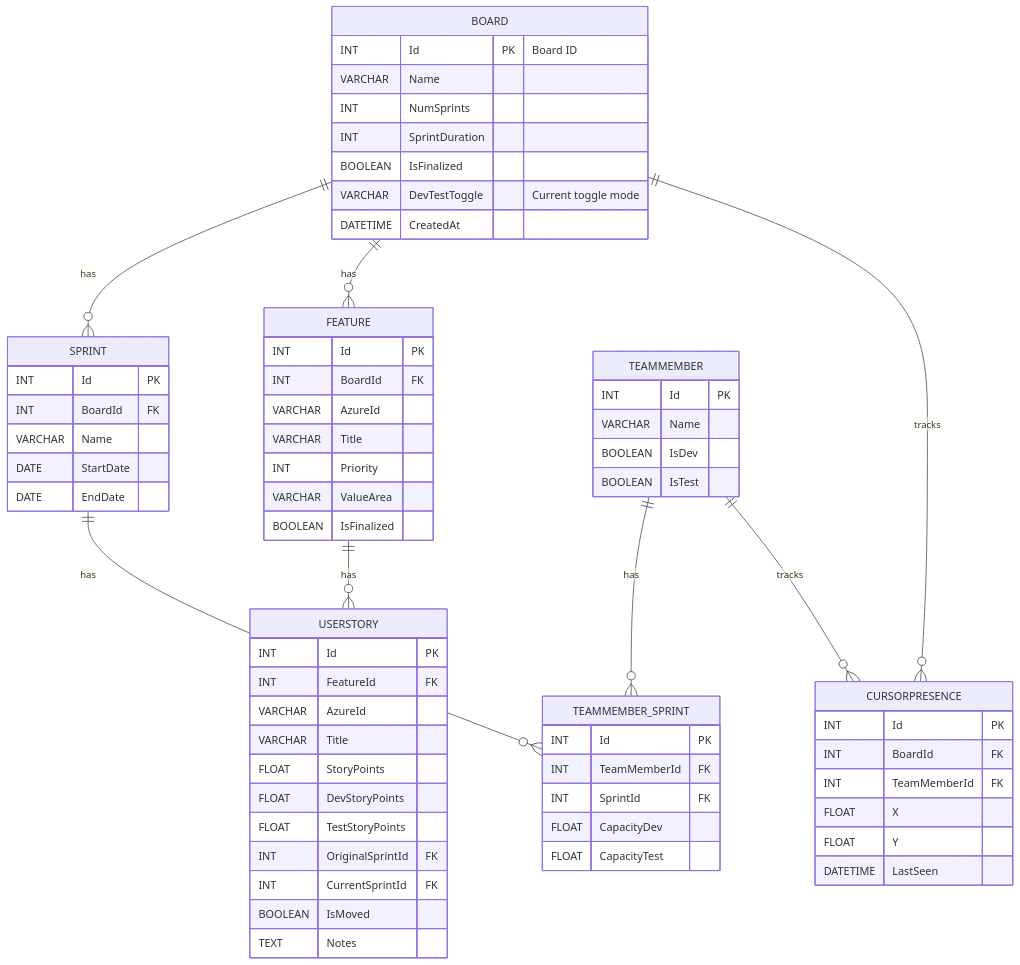
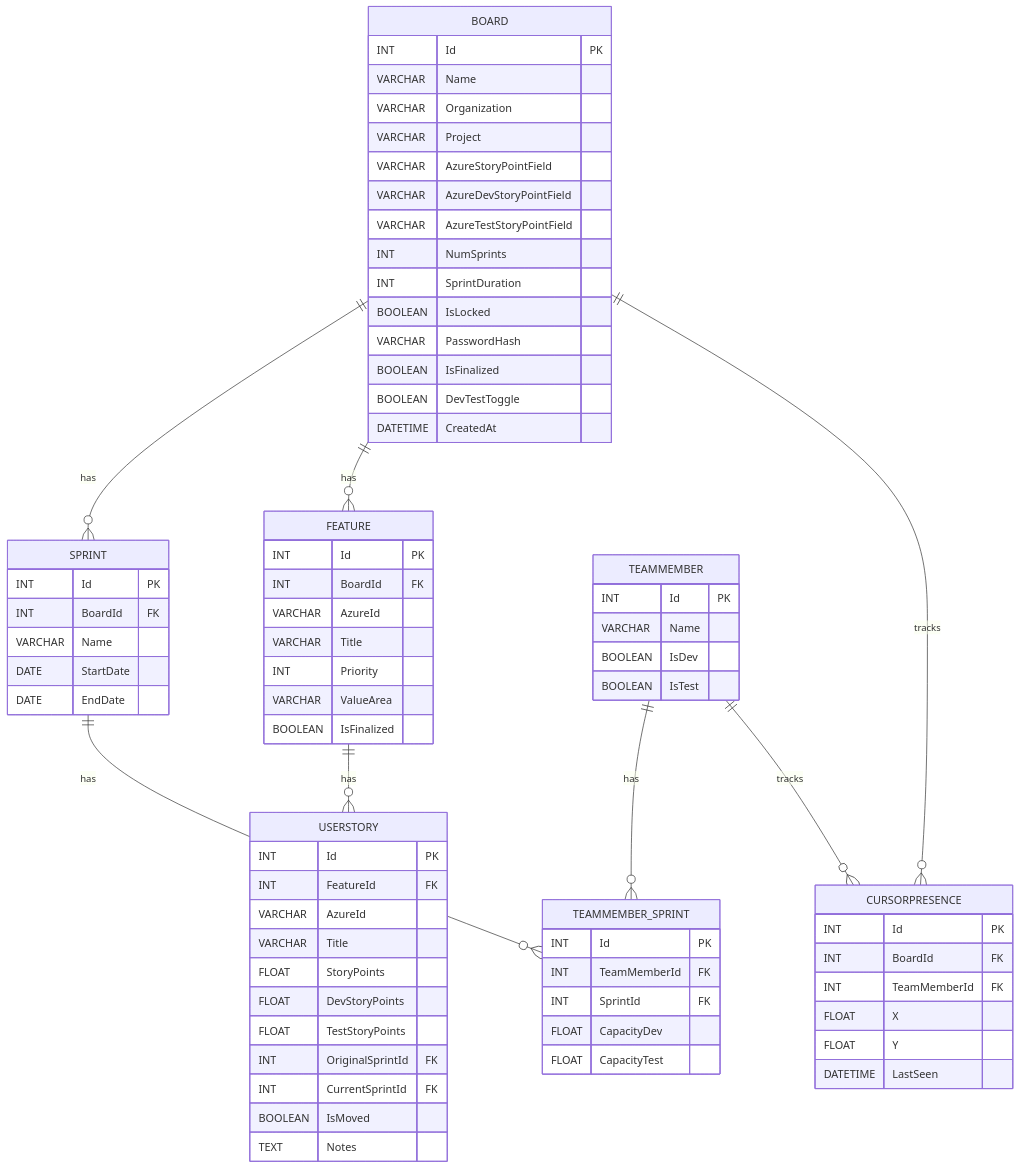
One commit to AnirbanDeb0510/pi-planning-tool changed the diagram in DBSchema.mmd. Above: the diagram before and after it, drawn with Mermaid. The commit also changed 2 other files, not shown here.

Commit message:
Fixed DB schema

```diff
--- a/DBSchema.mmd
+++ b/DBSchema.mmd
@@ -1,74 +1,81 @@
 erDiagram
     BOARD {
-        INT Id PK "Board ID"
+        INT Id PK
         VARCHAR Name
+        VARCHAR Organization
+        VARCHAR Project
+        VARCHAR AzureStoryPointField
+        VARCHAR AzureDevStoryPointField
+        VARCHAR AzureTestStoryPointField
         INT NumSprints
         INT SprintDuration
+        BOOLEAN IsLocked
+        VARCHAR PasswordHash
         BOOLEAN IsFinalized
-        VARCHAR DevTestToggle "Current toggle mode"
+        BOOLEAN DevTestToggle
         DATETIME CreatedAt
     }
 
     SPRINT {
         INT Id PK
         INT BoardId FK
         VARCHAR Name
         DATE StartDate
         DATE EndDate
     }
 
     FEATURE {
         INT Id PK
         INT BoardId FK
         VARCHAR AzureId
         VARCHAR Title
         INT Priority
         VARCHAR ValueArea
         BOOLEAN IsFinalized
     }
 
     USERSTORY {
         INT Id PK
         INT FeatureId FK
         VARCHAR AzureId
         VARCHAR Title
         FLOAT StoryPoints
         FLOAT DevStoryPoints
         FLOAT TestStoryPoints
         INT OriginalSprintId FK
         INT CurrentSprintId FK
         BOOLEAN IsMoved
         TEXT Notes
     }
 
     TEAMMEMBER {
         INT Id PK
         VARCHAR Name
         BOOLEAN IsDev
         BOOLEAN IsTest
     }
 
     TEAMMEMBER_SPRINT {
         INT Id PK
         INT TeamMemberId FK
         INT SprintId FK
         FLOAT CapacityDev
         FLOAT CapacityTest
     }
 
     CURSORPRESENCE {
         INT Id PK
         INT BoardId FK
         INT TeamMemberId FK
         FLOAT X
         FLOAT Y
         DATETIME LastSeen
     }
 
     BOARD ||--o{ SPRINT : has
     BOARD ||--o{ FEATURE : has
     FEATURE ||--o{ USERSTORY : has
     SPRINT ||--o{ TEAMMEMBER_SPRINT : has
     TEAMMEMBER ||--o{ TEAMMEMBER_SPRINT : has
     BOARD ||--o{ CURSORPRESENCE : tracks
     TEAMMEMBER ||--o{ CURSORPRESENCE : tracks
```
